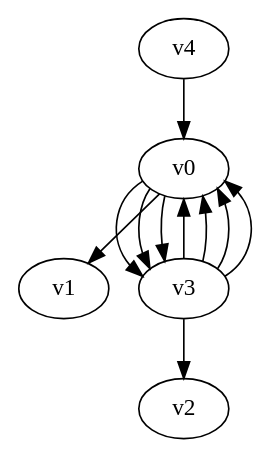
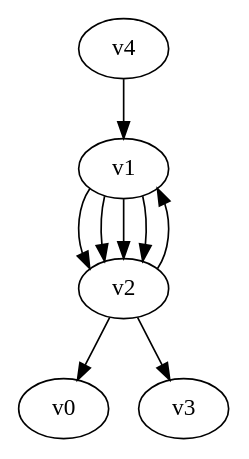
One commit to yadej/graph_project changed the diagram in digraph.dot. Above: the diagram before and after it, drawn with Graphviz. The commit also changed 5 other files, not shown here.

```diff
--- a/digraph.dot
+++ b/digraph.dot
@@ -1,12 +1,10 @@
 digraph G { 
-v0 -> v1;
-v0 -> v3;
-v0 -> v3;
-v0 -> v3;
-v3 -> v0;
-v3 -> v0;
-v3 -> v0;
-v3 -> v0;
-v3 -> v2;
-v4 -> v0;
+v1 -> v2;
+v1 -> v2;
+v1 -> v2;
+v1 -> v2;
+v2 -> v0;
+v2 -> v1;
+v2 -> v3;
+v4 -> v1;
 }
```
